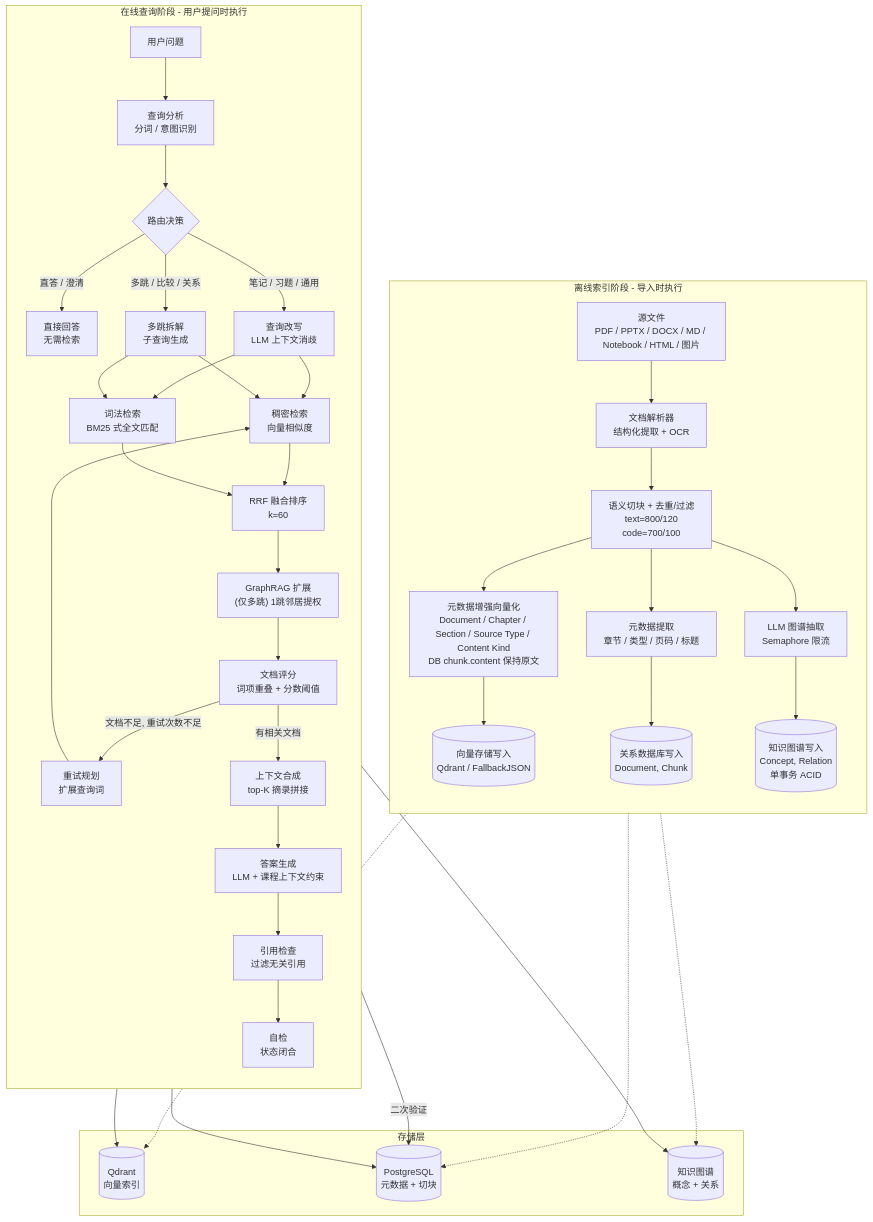
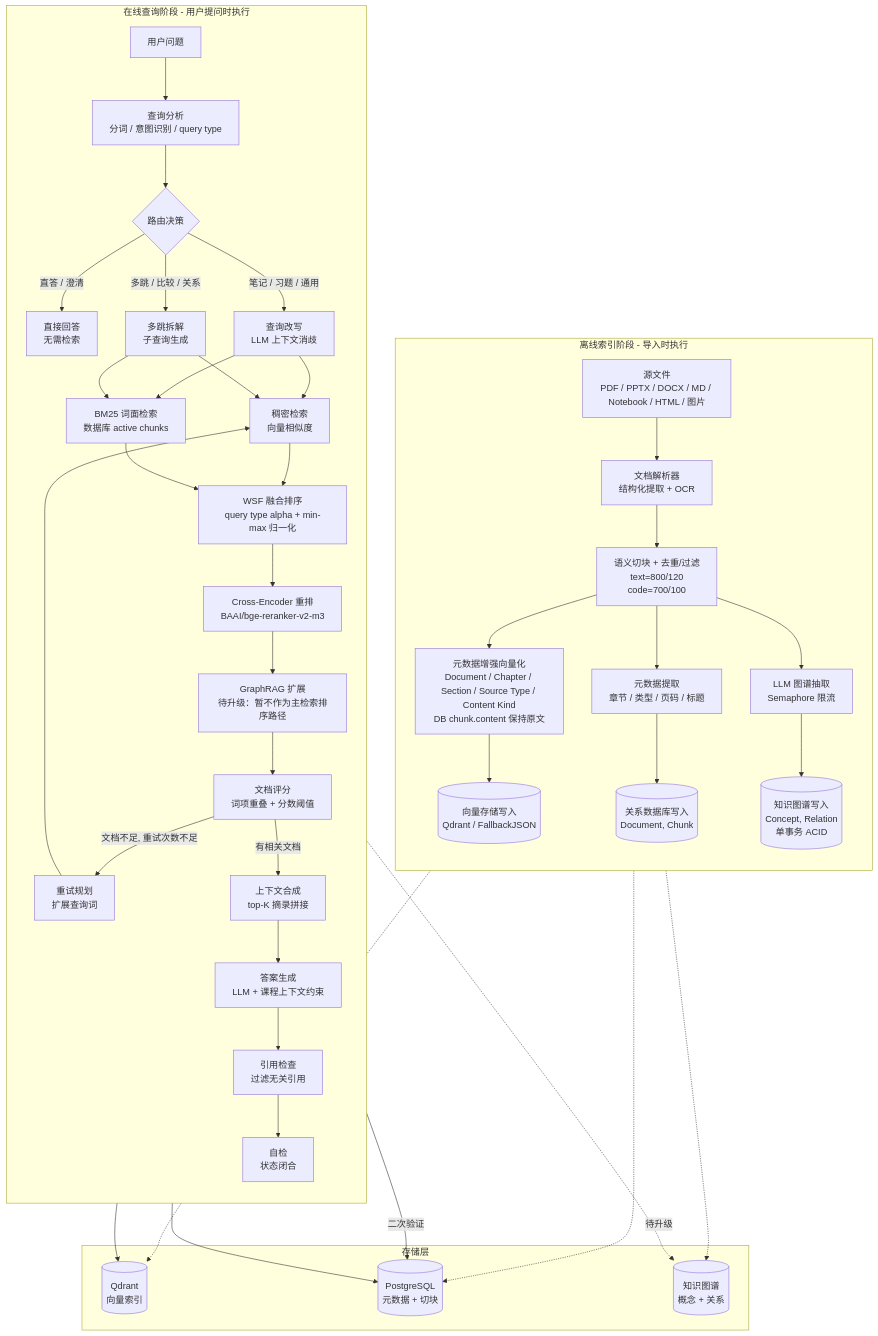
The fourth of 6 diagrams in README.md (Sggggt/DialoGraph), drawn with Mermaid before and after one commit. The commit also changed other lines of this file and 8 other files, not shown here.

Commit message:
feat: 检索架构已升级为Dense + BM25 + WSF + bge-reranker，GraphRAG待升级

````diff
--- a/README.md
+++ b/README.md
@@ -382,52 +410,53 @@
 ```mermaid
 flowchart TB
     subgraph IDX["离线索引阶段 - 导入时执行"]
         direction TB
         SRC["源文件<br/>PDF / PPTX / DOCX / MD / Notebook / HTML / 图片"]
         SRC --> PARSE["文档解析器<br/>结构化提取 + OCR"]
         PARSE --> CHUNK["语义切块 + 去重/过滤<br/>text=800/120<br/>code=700/100"]
         CHUNK --> EMB["元数据增强向量化<br/>Document / Chapter / Section / Source Type / Content Kind<br/>DB chunk.content 保持原文"]
         CHUNK --> META["元数据提取<br/>章节 / 类型 / 页码 / 标题"]
         EMB --> VEC_W[("向量存储写入<br/>Qdrant / FallbackJSON")]
         META --> DB_W[("关系数据库写入<br/>Document, Chunk")]
         CHUNK --> LLM_G["LLM 图谱抽取<br/>Semaphore 限流"]
         LLM_G --> GRAPH_W[("知识图谱写入<br/>Concept, Relation<br/>单事务 ACID")]
     end
 
     subgraph QRY["在线查询阶段 - 用户提问时执行"]
         direction TB
-        Q["用户问题"] --> QA["查询分析<br/>分词 / 意图识别"]
+        Q["用户问题"] --> QA["查询分析<br/>分词 / 意图识别 / query type"]
         QA --> ROUTE{"路由决策"}
         ROUTE -->|直答 / 澄清| DIRECT["直接回答<br/>无需检索"]
         ROUTE -->|笔记 / 习题 / 通用| REWRITE["查询改写<br/>LLM 上下文消歧"]
         ROUTE -->|多跳 / 比较 / 关系| MULTI_HOP["多跳拆解<br/>子查询生成"]
         REWRITE --> DENSE["稠密检索<br/>向量相似度"]
-        REWRITE --> LEX["词法检索<br/>BM25 式全文匹配"]
+        REWRITE --> LEX["BM25 词面检索<br/>数据库 active chunks"]
         MULTI_HOP --> DENSE
         MULTI_HOP --> LEX
-        DENSE --> RRF["RRF 融合排序<br/>k=60"]
-        LEX --> RRF
-        RRF --> GRAPH_EXT["GraphRAG 扩展<br/>(仅多跳) 1跳邻居提权"]
+        DENSE --> WSF["WSF 融合排序<br/>query type alpha + min-max 归一化"]
+        LEX --> WSF
+        WSF --> RERANK["Cross-Encoder 重排<br/>BAAI/bge-reranker-v2-m3"]
+        RERANK --> GRAPH_EXT["GraphRAG 扩展<br/>待升级：暂不作为主检索排序路径"]
         GRAPH_EXT --> GRADE["文档评分<br/>词项重叠 + 分数阈值"]
         GRADE -->|文档不足, 重试次数不足| RETRY["重试规划<br/>扩展查询词"]
         RETRY --> DENSE
         GRADE -->|有相关文档| CTX["上下文合成<br/>top-K 摘录拼接"]
         CTX --> GEN["答案生成<br/>LLM + 课程上下文约束"]
         GEN --> CITE["引用检查<br/>过滤无关引用"]
         CITE --> SELF["自检<br/>状态闭合"]
     end
 
     subgraph STR["存储层"]
         VEC[("Qdrant<br/>向量索引")]
         DB[("PostgreSQL<br/>元数据 + 切块")]
         KG[("知识图谱<br/>概念 + 关系")]
     end
 
     VEC_W -.-> VEC
     DB_W -.-> DB
     GRAPH_W -.-> KG
     DENSE --> VEC
     LEX --> DB
-    GRAPH_EXT --> KG
+    GRAPH_EXT -. "待升级" .-> KG
     GRADE -->|二次验证| DB
 ```
````
